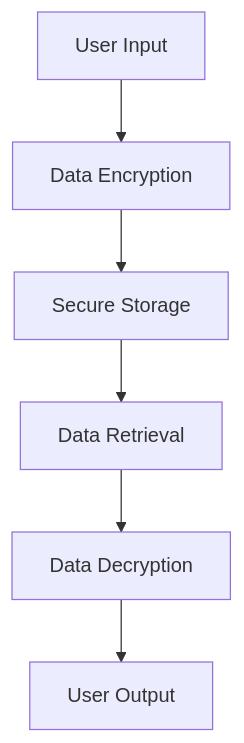
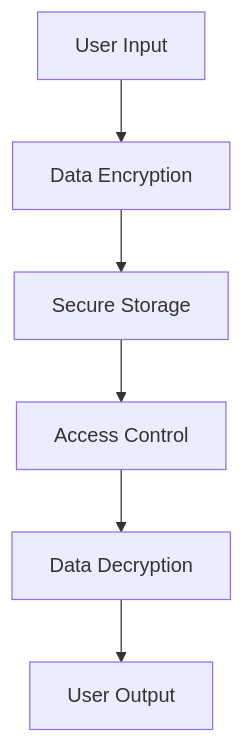
Before and after one commit to MasteryEducation/ClojureForJava.com: the diagram in content/3/23/2/index.md, drawn with Mermaid. The commit also changed other lines of this file and 74 other files, not shown here.

````diff
--- a/content/3/23/2/index.md
+++ b/content/3/23/2/index.md
@@ -137,8 +194,8 @@
 ```mermaid
-graph TD;
-    A[User Input] --> B[Data Encryption];
-    B --> C[Secure Storage];
-    C --> D[Data Retrieval];
-    D --> E[Data Decryption];
-    E --> F[User Output];
+flowchart TD
+    A[User Input] --> B[Data Encryption]
+    B --> C[Secure Storage]
+    C --> D[Access Control]
+    D --> E[Data Decryption]
+    E --> F[User Output]
 ```
````
